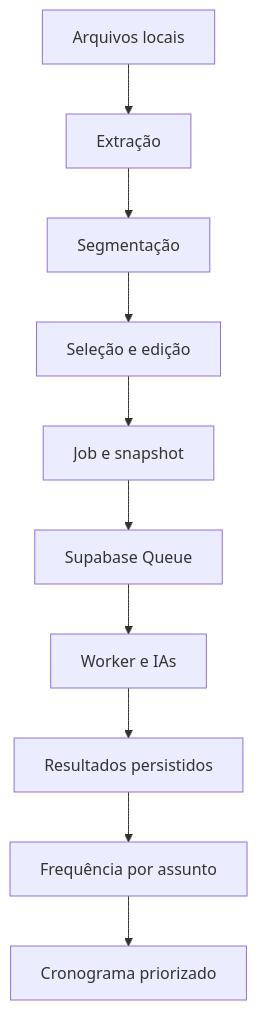
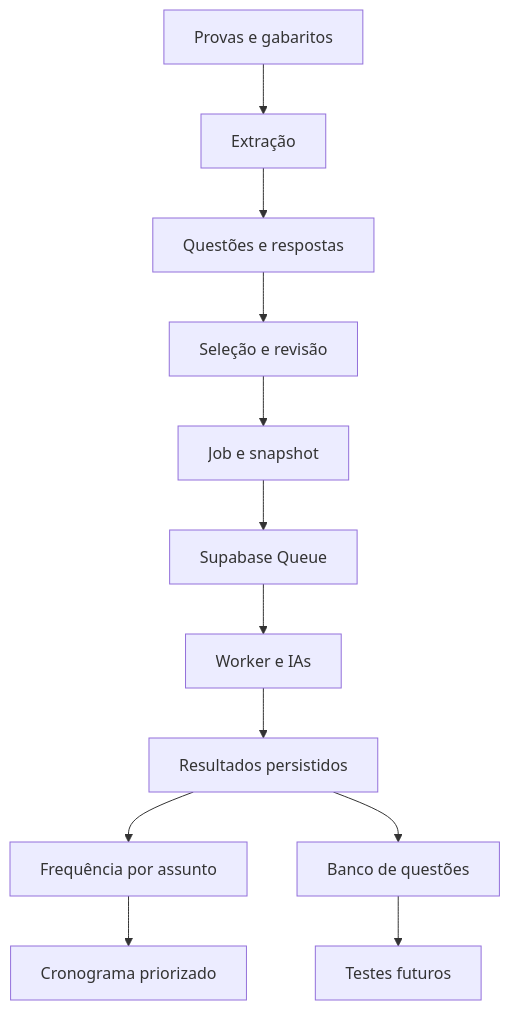
One commit to Johnny117-maker/plataforma-estudos-2 changed the diagram in docs/ARCHITECTURE.md. Above: the diagram before and after it, drawn with Mermaid. The commit also changed other lines of this file and 16 other files, not shown here.

Commit message:
Adiciona banco de questoes extraidas de provas

````diff
--- a/docs/ARCHITECTURE.md
+++ b/docs/ARCHITECTURE.md
@@ -14,12 +14,14 @@
 ```mermaid
 flowchart TD
-  A[Arquivos locais] --> B[Extração]
-  B --> C[Segmentação]
-  C --> D[Seleção e edição]
+  A[Provas e gabaritos] --> B[Extração]
+  B --> C[Questões e respostas]
+  C --> D[Seleção e revisão]
   D --> E[Job e snapshot]
   E --> F[Supabase Queue]
   F --> G[Worker e IAs]
   G --> H[Resultados persistidos]
   H --> I[Frequência por assunto]
   I --> J[Cronograma priorizado]
+  H --> K[Banco de questões]
+  K --> L[Testes futuros]
 ```
````
